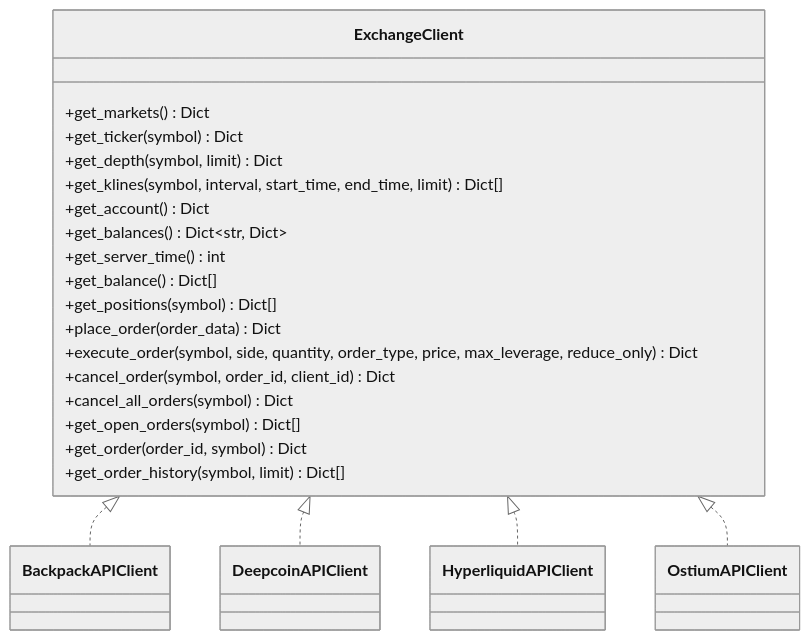
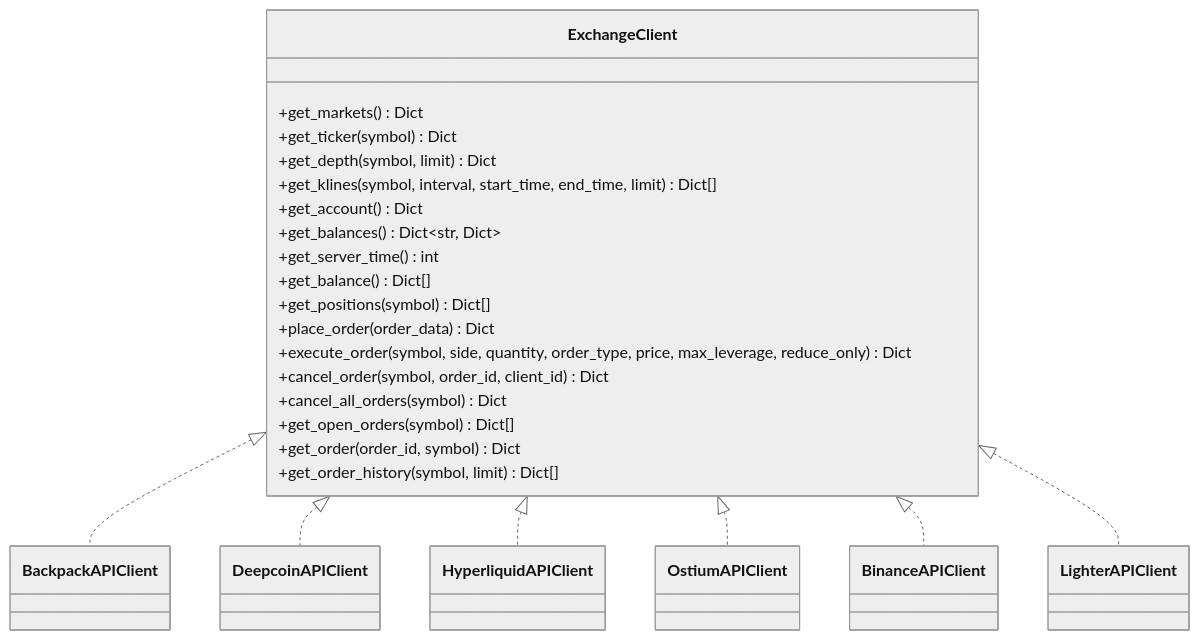
One commit to zyf266/ending changed the third of 4 diagrams in .qoder/repowiki/zh/content/交易所集成/交易所客户端抽象设计.md. Above: the diagram before and after it, drawn with Mermaid (neutral theme). The commit also changed other lines of this file and 60 other files, not shown here.

````diff
--- a/.qoder/repowiki/zh/content/交易所集成/交易所客户端抽象设计.md
+++ b/.qoder/repowiki/zh/content/交易所集成/交易所客户端抽象设计.md
@@ -119,29 +140,33 @@
 ```mermaid
 classDiagram
 class ExchangeClient {
 +get_markets() Dict
 +get_ticker(symbol) Dict
 +get_depth(symbol, limit) Dict
 +get_klines(symbol, interval, start_time, end_time, limit) Dict[]
 +get_account() Dict
 +get_balances() Dict~str, Dict~
 +get_server_time() int
 +get_balance() Dict[]
 +get_positions(symbol) Dict[]
 +place_order(order_data) Dict
 +execute_order(symbol, side, quantity, order_type, price, max_leverage, reduce_only) Dict
 +cancel_order(symbol, order_id, client_id) Dict
 +cancel_all_orders(symbol) Dict
 +get_open_orders(symbol) Dict[]
 +get_order(order_id, symbol) Dict
 +get_order_history(symbol, limit) Dict[]
 }
 class BackpackAPIClient
 class DeepcoinAPIClient
 class HyperliquidAPIClient
 class OstiumAPIClient
+class BinanceAPIClient
+class LighterAPIClient
 ExchangeClient <|.. BackpackAPIClient
 ExchangeClient <|.. DeepcoinAPIClient
 ExchangeClient <|.. HyperliquidAPIClient
 ExchangeClient <|.. OstiumAPIClient
+ExchangeClient <|.. BinanceAPIClient
+ExchangeClient <|.. LighterAPIClient
 ```
````
